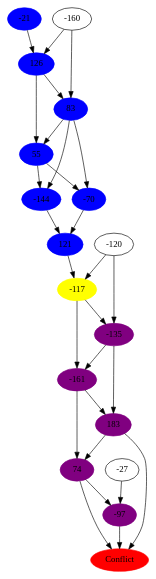
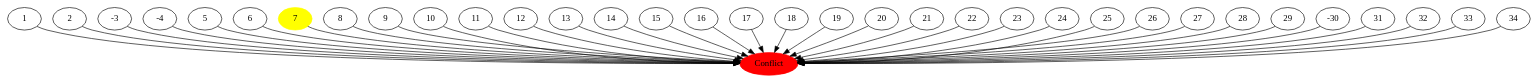
The diagram in graph.dot (simon-mauras/l3-projet2), drawn with Graphviz before and after one commit. The commit also changed 4 other files, not shown here.

```diff
--- a/graph.dot
+++ b/graph.dot
@@ -1,46 +1,71 @@
 digraph G {
-"-21" [style=filled,color=blue]
-"-27" [color=black]
-"55" [style=filled,color=blue]
-"-70" [style=filled,color=blue]
-"74" [style=filled,color=purple]
-"83" [style=filled,color=blue]
-"-97" [style=filled,color=purple]
-"-117" [style=filled,color=yellow]
-"-120" [color=black]
-"121" [style=filled,color=blue]
-"126" [style=filled,color=blue]
-"-135" [style=filled,color=purple]
-"-144" [style=filled,color=blue]
-"-160" [color=black]
-"-161" [style=filled,color=purple]
-"183" [style=filled,color=purple]
+"1" [color=black]
+"2" [color=black]
+"-3" [color=black]
+"-4" [color=black]
+"5" [color=black]
+"6" [color=black]
+"7" [style=filled,color=yellow]
+"8" [color=black]
+"9" [color=black]
+"10" [color=black]
+"11" [color=black]
+"12" [color=black]
+"13" [color=black]
+"14" [color=black]
+"15" [color=black]
+"16" [color=black]
+"17" [color=black]
+"18" [color=black]
+"19" [color=black]
+"20" [color=black]
+"21" [color=black]
+"22" [color=black]
+"23" [color=black]
+"24" [color=black]
+"25" [color=black]
+"26" [color=black]
+"27" [color=black]
+"28" [color=black]
+"29" [color=black]
+"-30" [color=black]
+"31" [color=black]
+"32" [color=black]
+"33" [color=black]
+"34" [color=black]
 "Conflict" [style=filled,color=red]
-"-21" -> "126";
-"-27" -> "-97";
-"55" -> "-70";
-"55" -> "-144";
-"-70" -> "121";
-"74" -> "-97";
-"74" -> "Conflict";
-"83" -> "55";
-"83" -> "-70";
-"83" -> "-144";
-"-97" -> "Conflict";
-"-117" -> "-135";
-"-117" -> "-161";
-"-120" -> "-117";
-"-120" -> "-135";
-"121" -> "-117";
-"126" -> "55";
-"126" -> "83";
-"-135" -> "-161";
-"-135" -> "183";
-"-144" -> "121";
-"-160" -> "83";
-"-160" -> "126";
-"-161" -> "74";
-"-161" -> "183";
-"183" -> "74";
-"183" -> "Conflict";
+"1" -> "Conflict";
+"2" -> "Conflict";
+"-3" -> "Conflict";
+"-4" -> "Conflict";
+"5" -> "Conflict";
+"6" -> "Conflict";
+"7" -> "Conflict";
+"8" -> "Conflict";
+"9" -> "Conflict";
+"10" -> "Conflict";
+"11" -> "Conflict";
+"12" -> "Conflict";
+"13" -> "Conflict";
+"14" -> "Conflict";
+"15" -> "Conflict";
+"16" -> "Conflict";
+"17" -> "Conflict";
+"18" -> "Conflict";
+"19" -> "Conflict";
+"20" -> "Conflict";
+"21" -> "Conflict";
+"22" -> "Conflict";
+"23" -> "Conflict";
+"24" -> "Conflict";
+"25" -> "Conflict";
+"26" -> "Conflict";
+"27" -> "Conflict";
+"28" -> "Conflict";
+"29" -> "Conflict";
+"-30" -> "Conflict";
+"31" -> "Conflict";
+"32" -> "Conflict";
+"33" -> "Conflict";
+"34" -> "Conflict";
 }
```
